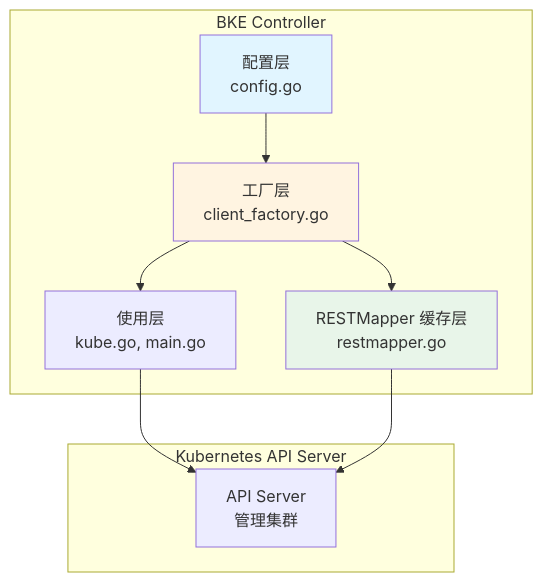
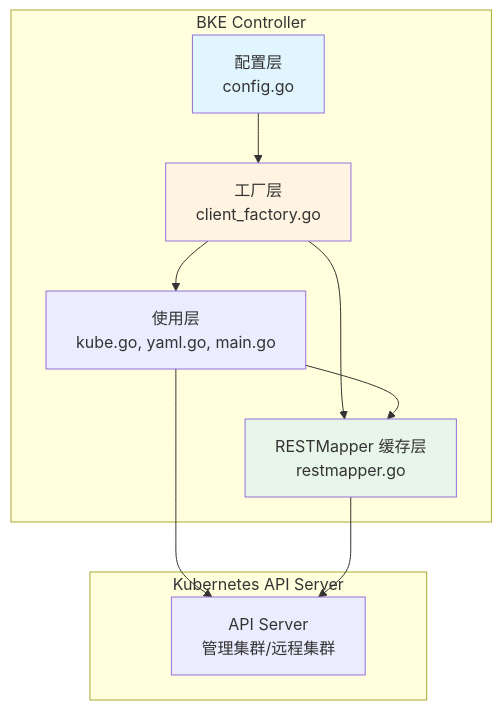
Before and after one commit to javadoors/cluster-api-provider-bke: the first of 7 diagrams in code/performance/report/api-throttling-optimization.md, drawn with Mermaid. The commit also changed other lines of this file, not shown here.

````diff
--- a/code/performance/report/api-throttling-optimization.md
+++ b/code/performance/report/api-throttling-optimization.md
@@ -566,19 +849,20 @@
 ```mermaid
 graph TB
     subgraph "BKE Controller"
         A[配置层<br/>config.go] --> B[工厂层<br/>client_factory.go]
-        B --> C[使用层<br/>kube.go, main.go]
+        B --> C[使用层<br/>kube.go, yaml.go, main.go]
         B --> D[RESTMapper 缓存层<br/>restmapper.go]
+        C --> D
     end
     
     subgraph "Kubernetes API Server"
-        E[API Server<br/>管理集群]
+        E[API Server<br/>管理集群/远程集群]
     end
     
     C --> E
     D --> E
     
     style A fill:#e1f5ff
     style B fill:#fff4e1
     style D fill:#e8f5e9
 ```
````
